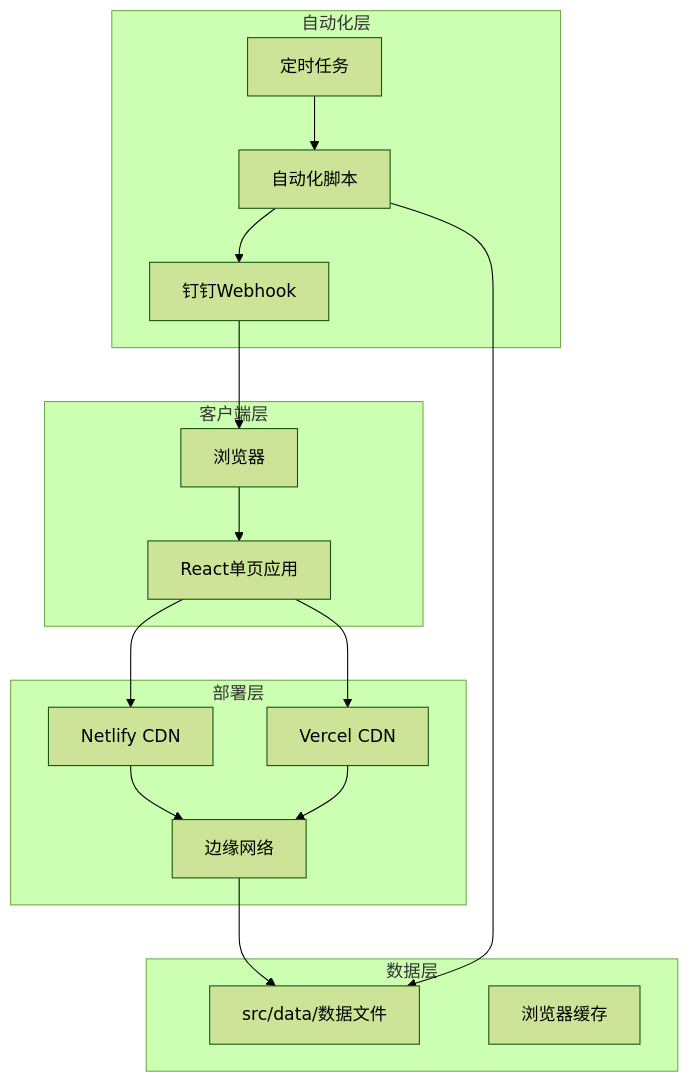
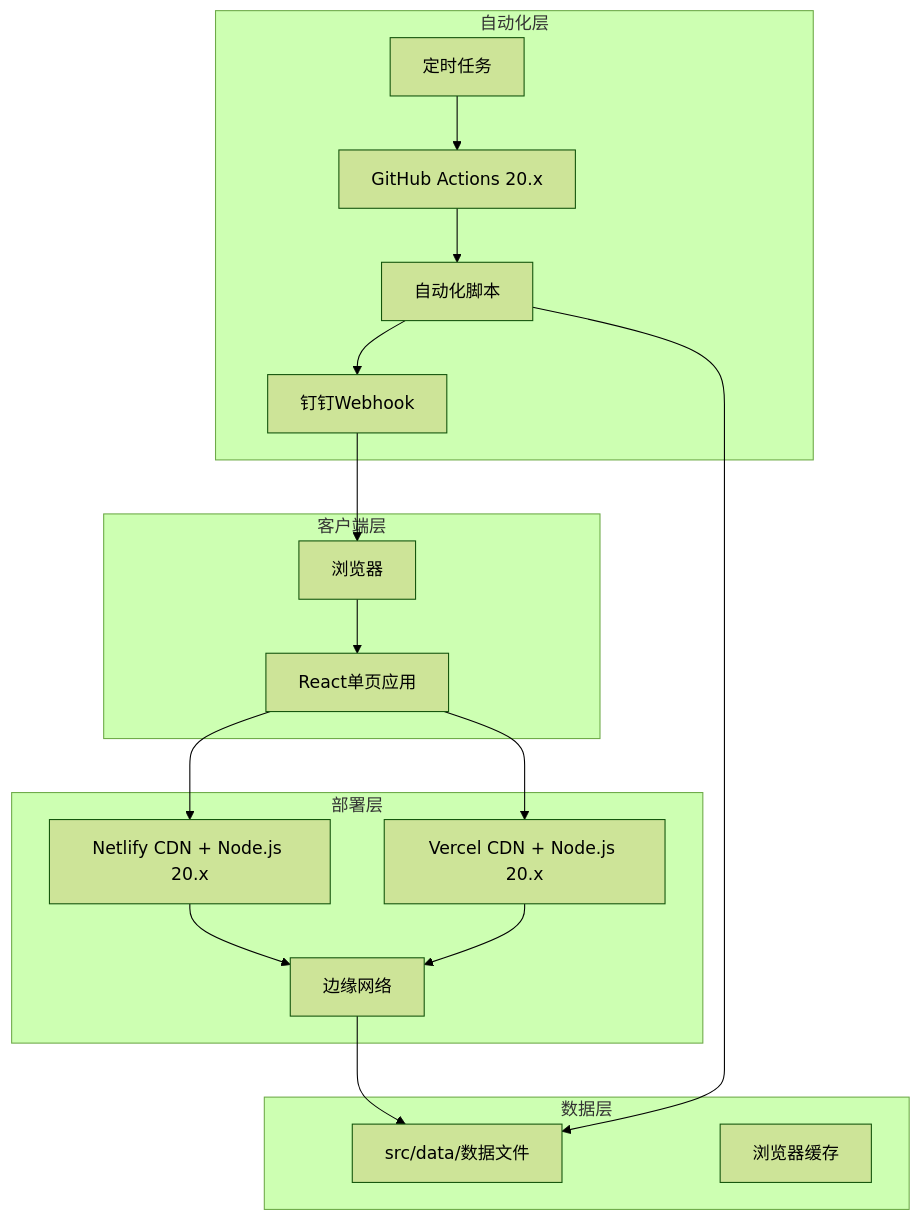
The fourth of 8 diagrams in .qoder/repowiki/zh/content/部署与维护/现代化部署配置.md (liangxuanliang-cmd/carbon-info-agent), drawn with Mermaid (forest theme) before and after one commit. The commit also changed other lines of this file and 5 other files, not shown here.

````diff
--- a/.qoder/repowiki/zh/content/部署与维护/现代化部署配置.md
+++ b/.qoder/repowiki/zh/content/部署与维护/现代化部署配置.md
@@ -245,31 +211,33 @@
 ```mermaid
 graph TB
 subgraph "客户端层"
 Browser[浏览器]
 SPA[React单页应用]
 end
 subgraph "部署层"
-Netlify[Netlify CDN]
-Vercel[Vercel CDN]
+Netlify[Netlify CDN + Node.js 20.x]
+Vercel[Vercel CDN + Node.js 20.x]
 Edge[边缘网络]
 end
 subgraph "数据层"
 Data[src/data/数据文件]
 Cache[浏览器缓存]
 end
 subgraph "自动化层"
 Cron[定时任务]
 Webhook[钉钉Webhook]
 Script[自动化脚本]
+GitHubActions[GitHub Actions 20.x]
 end
 Browser --> SPA
 SPA --> Netlify
 SPA --> Vercel
 Netlify --> Edge
 Vercel --> Edge
 Edge --> Data
 Script --> Data
-Cron --> Script
+GitHubActions --> Script
+Cron --> GitHubActions
 Script --> Webhook
 Webhook --> Browser
 ```
````
